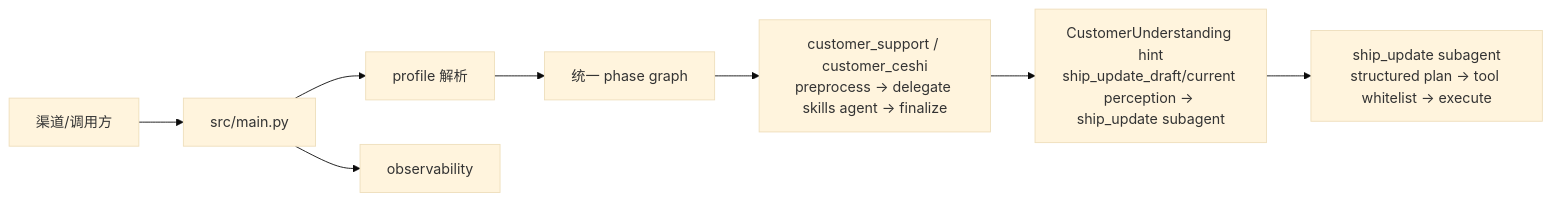
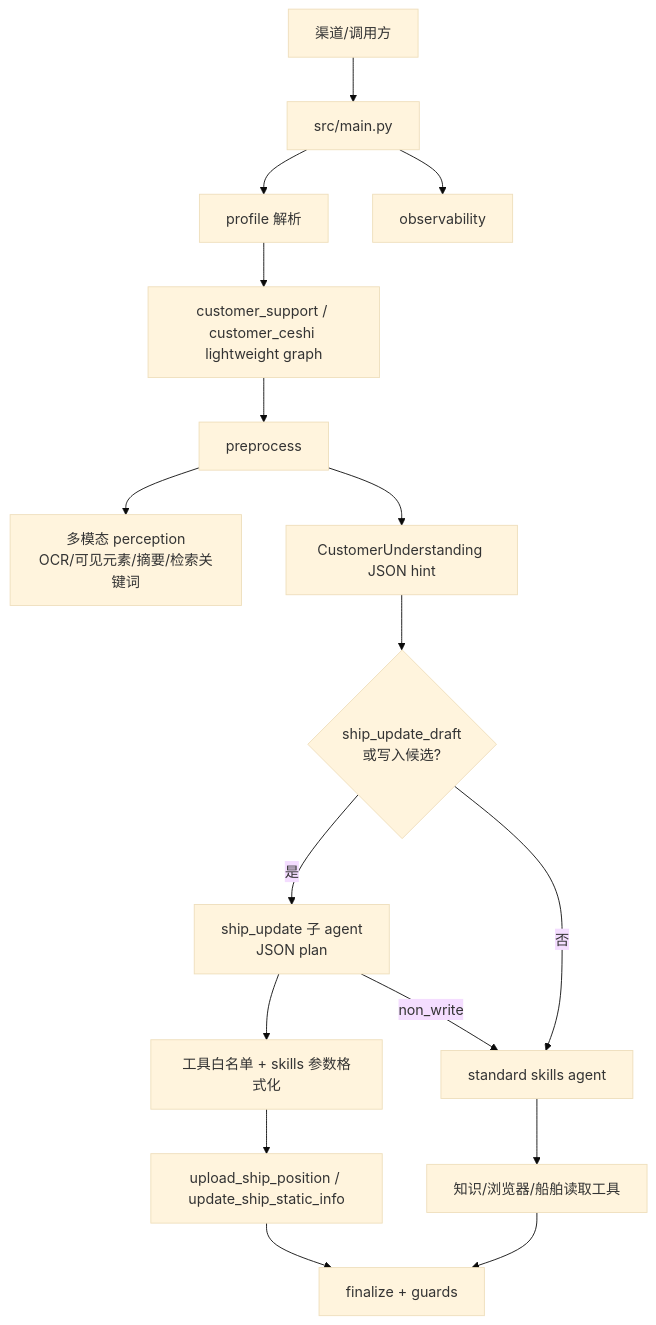
One commit to lr12338/hifleet-agent changed the diagram in docs/README.md. Above: the diagram before and after it, drawn with Mermaid (base theme). The commit also changed other lines of this file and 14 other files, not shown here.

Commit message:
Refine ship update subagent formatting

````diff
--- a/docs/README.md
+++ b/docs/README.md
@@ -36,10 +36,19 @@
 ```mermaid
-flowchart LR
+flowchart TD
     Client[渠道/调用方] --> API[src/main.py]
     API --> Profile[profile 解析]
-    Profile --> Graph[统一 phase graph]
-    Graph --> CS[customer_support / customer_ceshi<br/>preprocess -> delegate skills agent -> finalize]
-    CS --> ShipGate[CustomerUnderstanding hint<br/>ship_update_draft/current perception -> ship_update subagent]
-    ShipGate --> ShipWrite[ship_update subagent<br/>structured plan -> tool whitelist -> execute]
+    Profile --> Graph[customer_support / customer_ceshi lightweight graph]
+    Graph --> Pre[preprocess]
+    Pre --> Perception[多模态 perception<br/>OCR/可见元素/摘要/检索关键词]
+    Pre --> Understanding[CustomerUnderstanding JSON hint]
+    Understanding --> Gate{ship_update_draft<br/>或写入候选?}
+    Gate -->|是| ShipSub[ship_update 子 agent<br/>JSON plan]
+    ShipSub --> Format[工具白名单 + skills 参数格式化]
+    Format --> Write[upload_ship_position / update_ship_static_info]
+    Gate -->|否| Standard[standard skills agent]
+    ShipSub -->|non_write| Standard
+    Standard --> ReadTools[知识/浏览器/船舶读取工具]
+    Write --> Finalize[finalize + guards]
+    ReadTools --> Finalize
     API --> Obs[observability]
 ```
````
